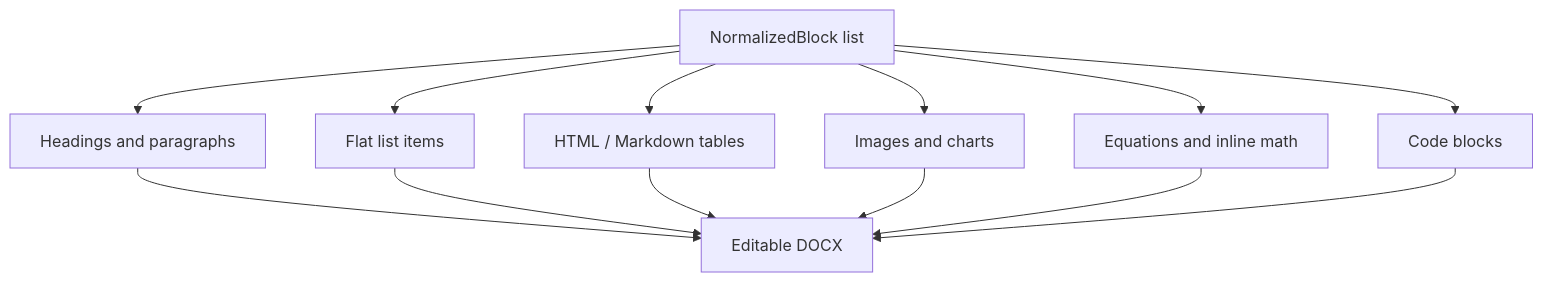
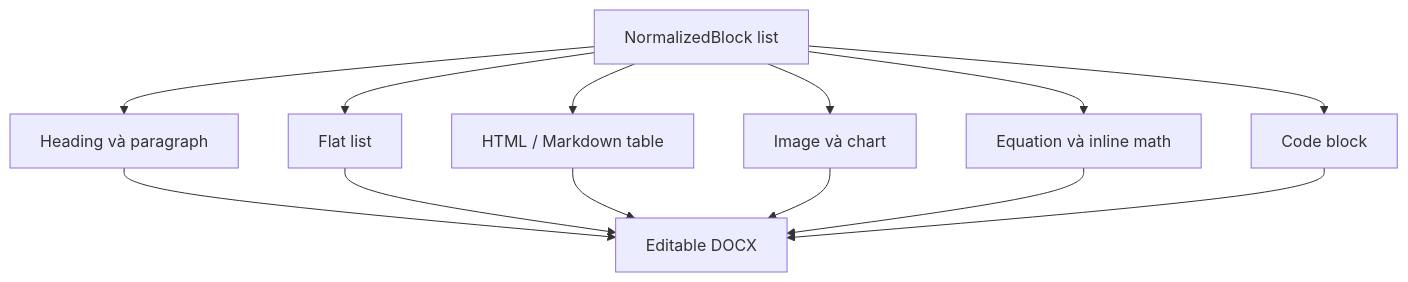
One commit to sin0235/MinerU changed the fourth of 4 diagrams in README.md. Above: the diagram before and after it, drawn with Mermaid. The commit also changed other lines of this file and 1 other file, not shown here.

````diff
--- a/README.md
+++ b/README.md
@@ -193,15 +209,15 @@
 ```mermaid
 flowchart TD
-    BLOCKS[NormalizedBlock list] --> TEXT[Headings and paragraphs]
-    BLOCKS --> LISTS[Flat list items]
-    BLOCKS --> TABLES[HTML / Markdown tables]
-    BLOCKS --> VISUALS[Images and charts]
-    BLOCKS --> MATH[Equations and inline math]
-    BLOCKS --> CODE[Code blocks]
+    BLOCKS[NormalizedBlock list] --> TEXT[Heading và paragraph]
+    BLOCKS --> LISTS[Flat list]
+    BLOCKS --> TABLES[HTML / Markdown table]
+    BLOCKS --> VISUALS[Image và chart]
+    BLOCKS --> MATH[Equation và inline math]
+    BLOCKS --> CODE[Code block]
     TEXT --> DOCX[Editable DOCX]
     LISTS --> DOCX
     TABLES --> DOCX
     VISUALS --> DOCX
     MATH --> DOCX
     CODE --> DOCX
 ```
````
